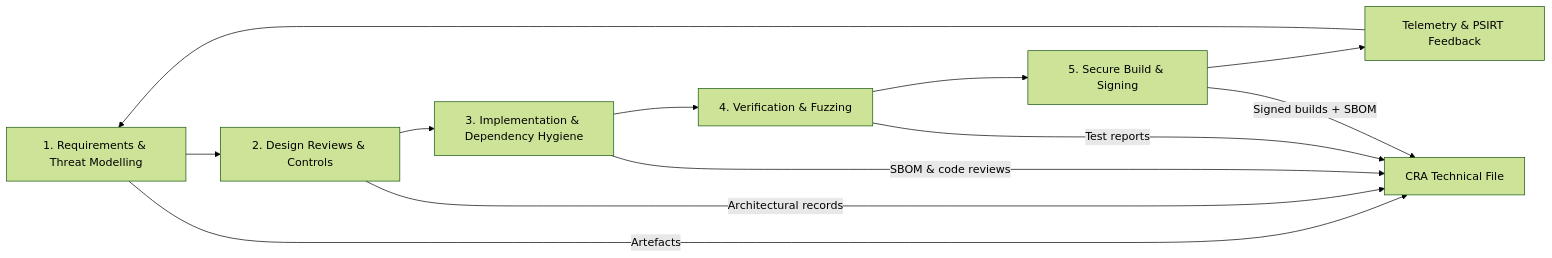
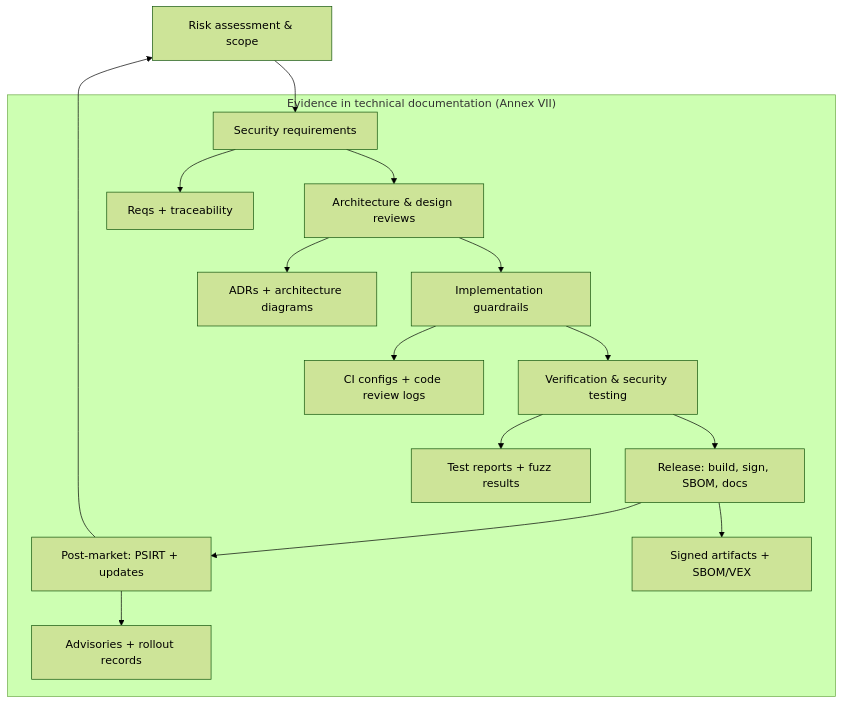
Before and after one commit to Ac6Embedded/apollo-docs: the first of 9 diagrams in i18n/de/docusaurus-plugin-content-docs/current/security/cra/secure-development-lifecycle.md, drawn with Mermaid (forest theme). The commit also changed other lines of this file and 16 other files, not shown here.

````diff
--- a/i18n/de/docusaurus-plugin-content-docs/current/security/cra/secure-development-lifecycle.md
+++ b/i18n/de/docusaurus-plugin-content-docs/current/security/cra/secure-development-lifecycle.md
@@ -14,14 +27,19 @@
 ```mermaid
-flowchart LR
-    Req[1. Requirements & Threat Modelling] --> Design[2. Design Reviews & Controls]
-    Design --> Impl[3. Implementation & Dependency Hygiene]
-    Impl --> Verify[4. Verification & Fuzzing]
-    Verify --> Release[5. Secure Build & Signing]
-    Release --> Feedback[Telemetry & PSIRT Feedback]
-    Feedback --> Req
-    Req -->|Artefacts| TF[CRA Technical File]
-    Design -->|Architectural records| TF
-    Impl -->|SBOM & code reviews| TF
-    Verify -->|Test reports| TF
-    Release -->|Signed builds + SBOM| TF
+flowchart TD
+  A[Risk assessment & scope] --> B[Security requirements]
+  B --> C[Architecture & design reviews]
+  C --> D[Implementation guardrails]
+  D --> E[Verification & security testing]
+  E --> F[Release: build, sign, SBOM, docs]
+  F --> G[Post-market: PSIRT + updates]
+  G --> A
+
+  subgraph Evidence["Evidence in technical documentation (Annex VII)"]
+    B --> T1[Reqs + traceability]
+    C --> T2[ADRs + architecture diagrams]
+    D --> T3[CI configs + code review logs]
+    E --> T4[Test reports + fuzz results]
+    F --> T5[Signed artifacts + SBOM/VEX]
+    G --> T6[Advisories + rollout records]
+  end
 ```
````
